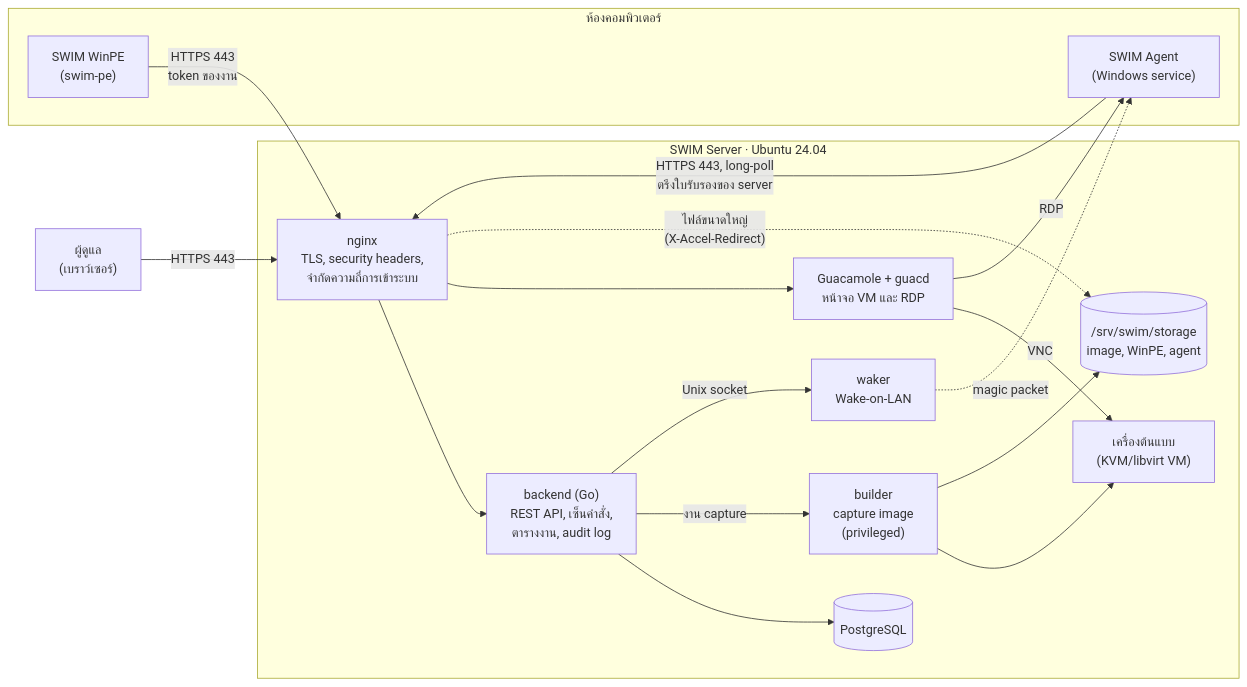
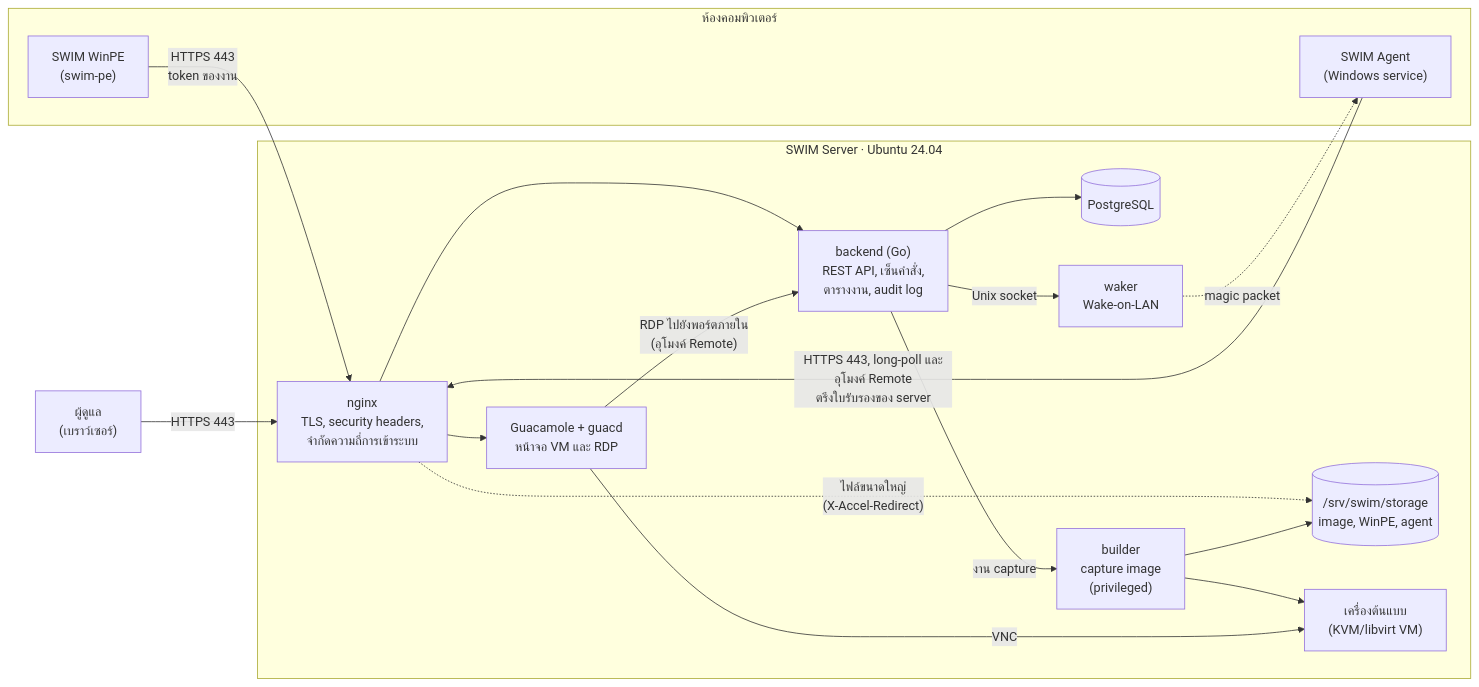
Before and after one commit to bluebox-dev/Swim: the first of 5 diagrams in README.th.md, drawn with Mermaid. The commit also changed other lines of this file and 19 other files, not shown here.

First line of the commit message:
Remote Desktop through a tunnel the agent opens

````diff
--- a/README.th.md
+++ b/README.th.md
@@ -77,35 +78,35 @@
 ```mermaid
 flowchart LR
     admin["ผู้ดูแล<br/>(เบราว์เซอร์)"]
 
     subgraph server["SWIM Server · Ubuntu 24.04"]
         nginx["nginx<br/>TLS, security headers,<br/>จำกัดความถี่การเข้าระบบ"]
         backend["backend (Go)<br/>REST API, เซ็นคำสั่ง,<br/>ตารางงาน, audit log"]
         pg[("PostgreSQL")]
         builder["builder<br/>capture image<br/>(privileged)"]
         guac["Guacamole + guacd<br/>หน้าจอ VM และ RDP"]
         waker["waker<br/>Wake-on-LAN"]
         storage[("/srv/swim/storage<br/>image, WinPE, agent")]
         gm["เครื่องต้นแบบ<br/>(KVM/libvirt VM)"]
     end
 
     subgraph lab["ห้องคอมพิวเตอร์"]
         agent["SWIM Agent<br/>(Windows service)"]
         pe["SWIM WinPE<br/>(swim-pe)"]
     end
 
     admin -- "HTTPS 443" --> nginx
     nginx --> backend
     nginx --> guac
     nginx -. "ไฟล์ขนาดใหญ่<br/>(X-Accel-Redirect)" .-> storage
     backend --> pg
     backend -- "งาน capture" --> builder
     backend -- "Unix socket" --> waker
     builder --> gm
     builder --> storage
     guac -- "VNC" --> gm
-    guac -- "RDP" --> agent
-    agent -- "HTTPS 443, long-poll<br/>ตรึงใบรับรองของ server" --> nginx
+    guac -- "RDP ไปยังพอร์ตภายใน<br/>(อุโมงค์ Remote)" --> backend
+    agent -- "HTTPS 443, long-poll และอุโมงค์ Remote<br/>ตรึงใบรับรองของ server" --> nginx
     pe -- "HTTPS 443<br/>token ของงาน" --> nginx
     waker -. "magic packet" .-> agent
 ```
````
